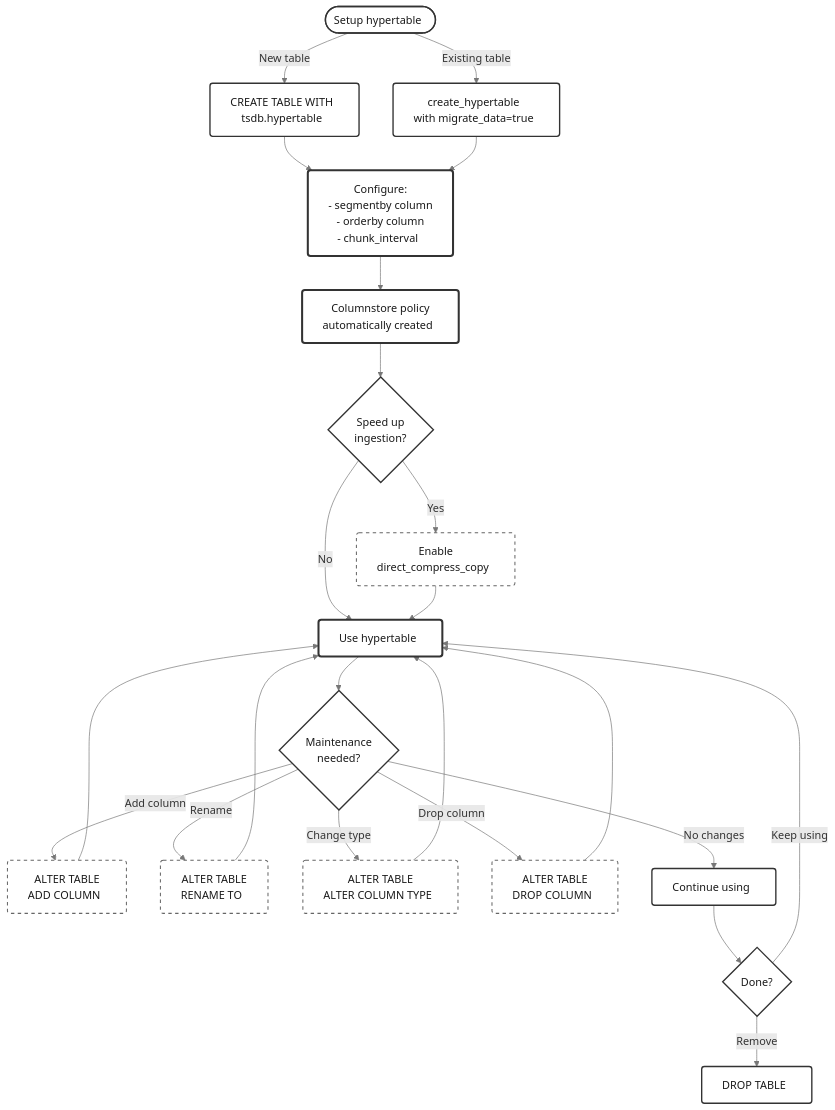
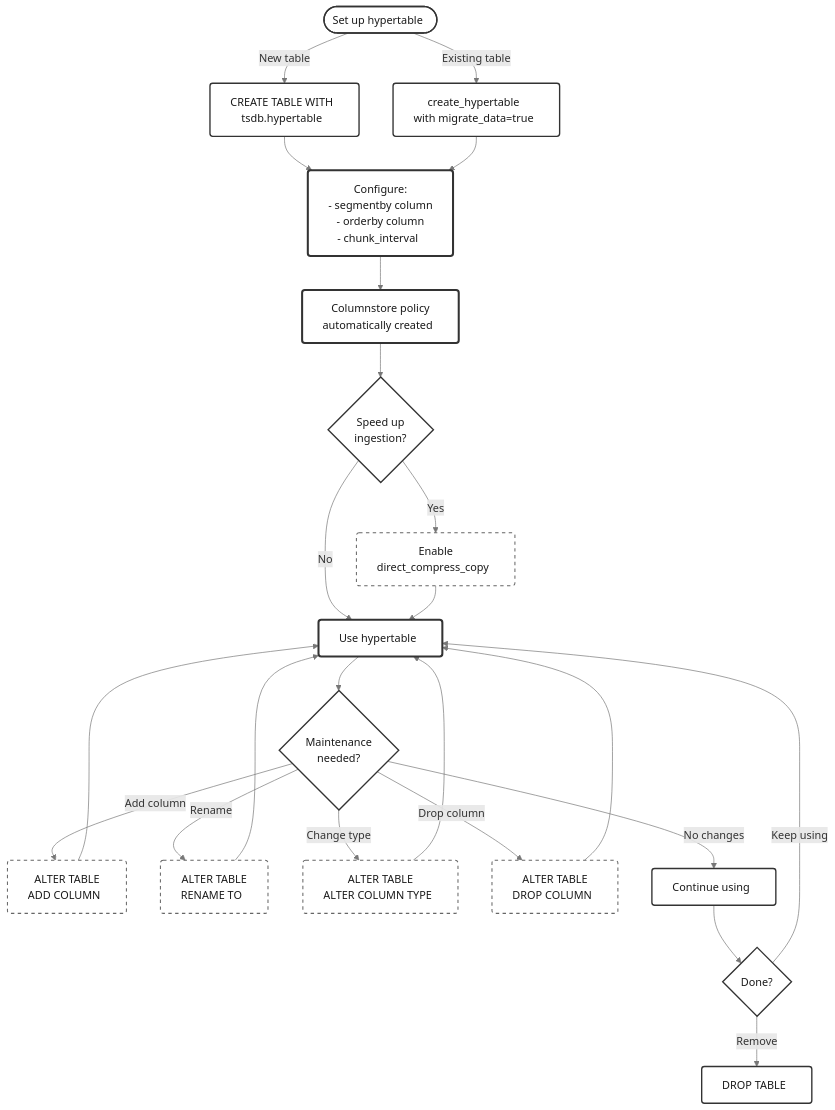
One commit to timescale/documentation changed the diagram in images/manage-data/hypertable-setup-workflow.mdx. Above: the diagram before and after it, drawn with Mermaid.

```diff
--- a/images/manage-data/hypertable-setup-workflow.mdx
+++ b/images/manage-data/hypertable-setup-workflow.mdx
@@ -29,7 +29,7 @@
   }
 }}%%
 flowchart TD
-    Start([Setup hypertable&nbsp;&nbsp;]) -->|New table| CreateNew[CREATE TABLE WITH&nbsp;&nbsp;<br/>tsdb.hypertable&nbsp;&nbsp;]
+    Start([Set up hypertable&nbsp;&nbsp;]) -->|New table| CreateNew[CREATE TABLE WITH&nbsp;&nbsp;<br/>tsdb.hypertable&nbsp;&nbsp;]
     Start -->|Existing table| Convert[create_hypertable&nbsp;&nbsp;<br/>with migrate_data=true&nbsp;&nbsp;]
 
     CreateNew --> Config[Configure:<br/>- segmentby column<br/>- orderby column<br/>- chunk_interval&nbsp;&nbsp;]
```
